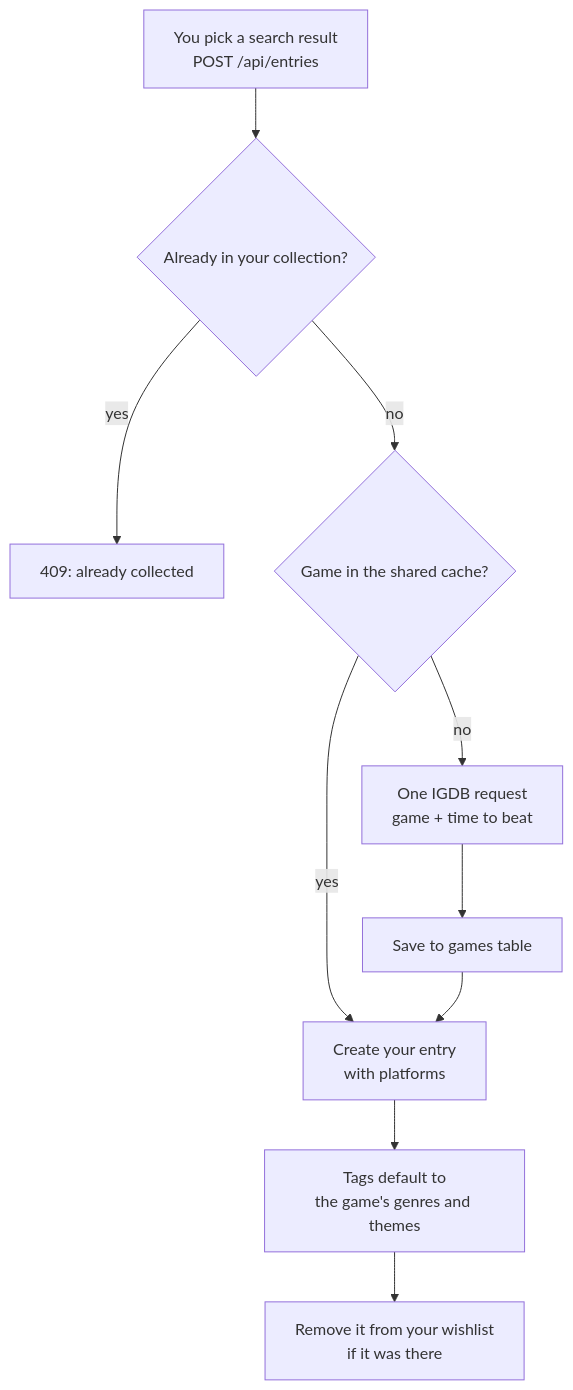
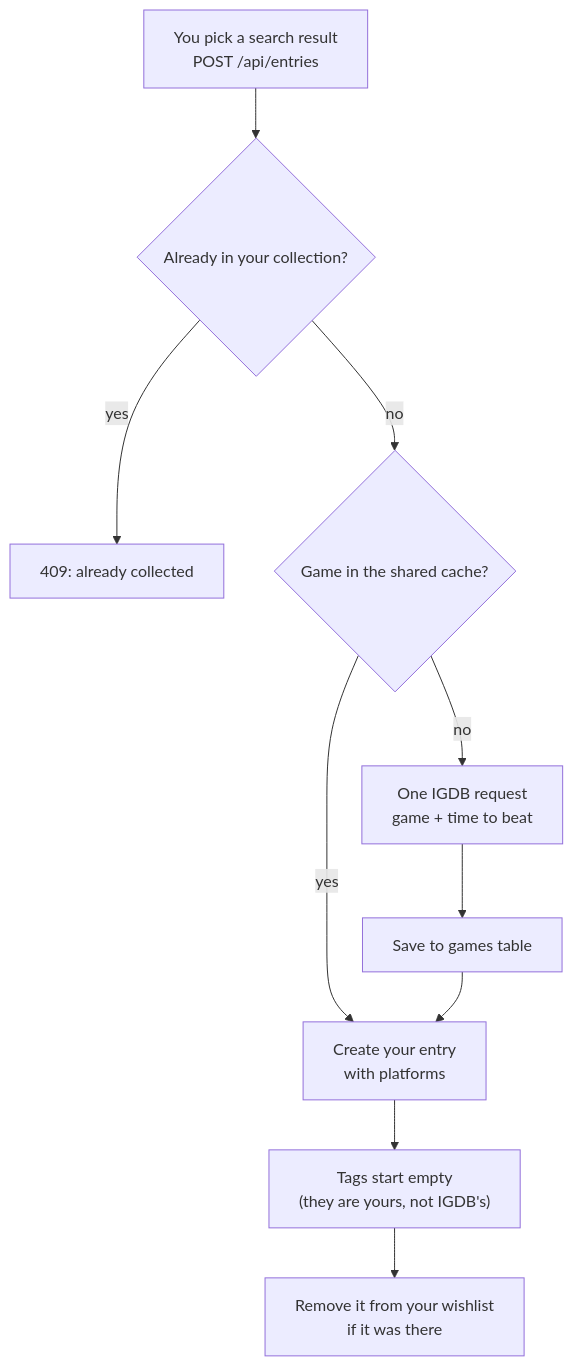
One commit to joeattardi/gamequeue changed the eighth of 24 diagrams in OVERVIEW.md. Above: the diagram before and after it, drawn with Mermaid. The commit also changed other lines of this file and 117 other files, not shown here.

````diff
--- a/OVERVIEW.md
+++ b/OVERVIEW.md
@@ -334,10 +334,10 @@
 ```mermaid
 flowchart TD
     A["You pick a search result<br/>POST /api/entries"] --> B{"Already in your collection?"}
     B -- yes --> X["409: already collected"]
     B -- no --> C{"Game in the shared cache?"}
     C -- yes --> E
     C -- no --> D["One IGDB request<br/>game + time to beat"] --> D2["Save to games table"] --> E
-    E["Create your entry<br/>with platforms"] --> F["Tags default to<br/>the game's genres and themes"]
+    E["Create your entry<br/>with platforms"] --> F["Tags start empty<br/>(they are yours, not IGDB's)"]
     F --> G["Remove it from your wishlist<br/>if it was there"]
 ```
````
